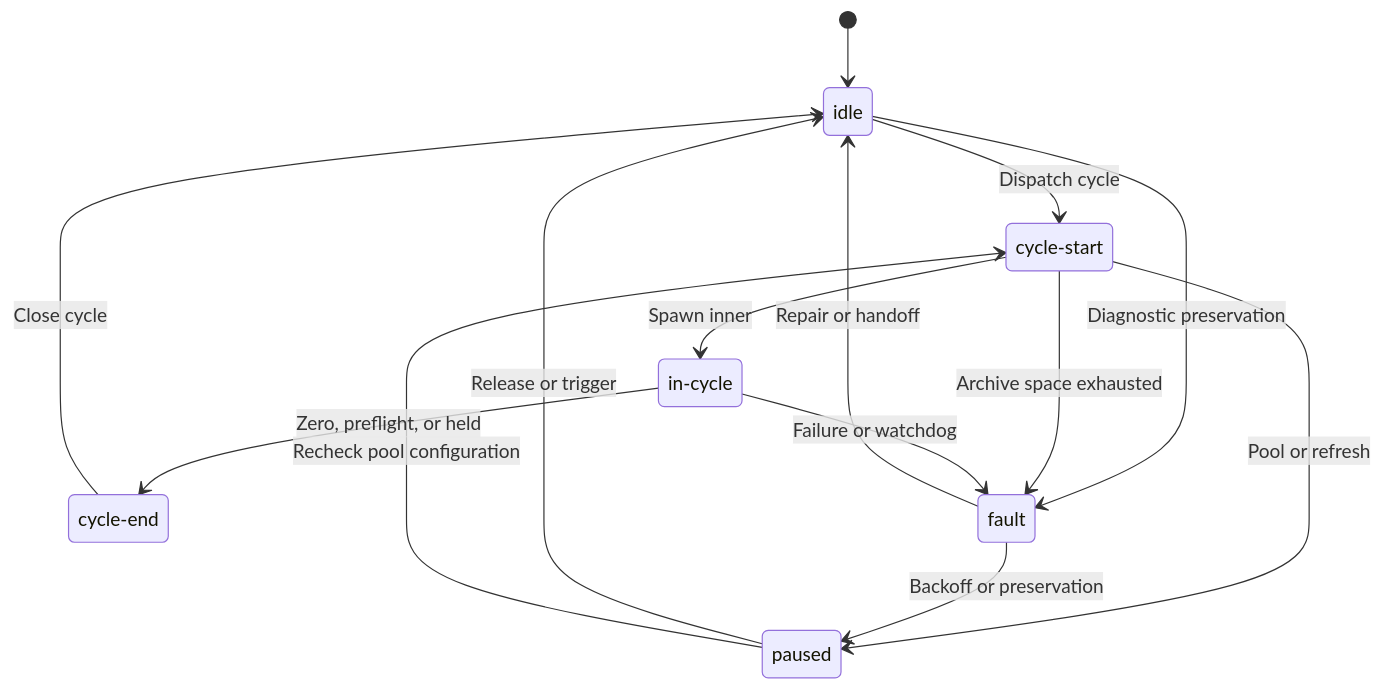
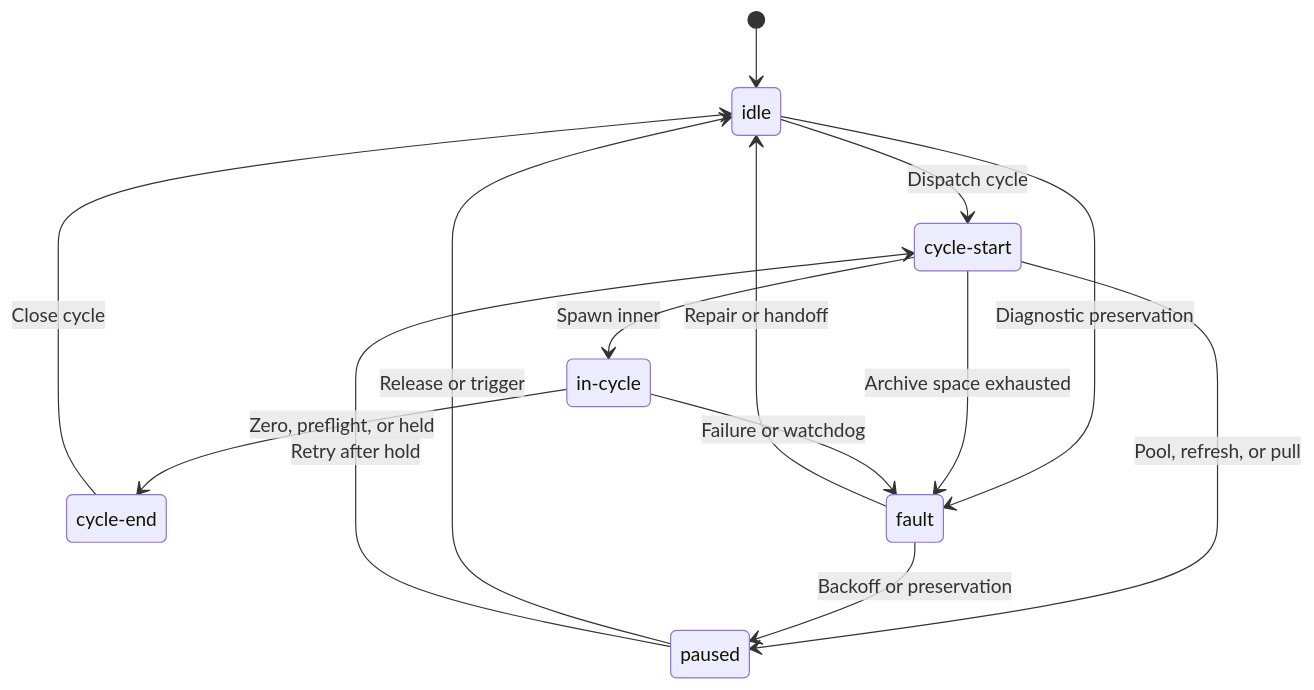
The first of 8 diagrams in docs/design/04-lifecycle-state.md (alissonsol/yuruna), drawn with Mermaid before and after one commit. The commit also changed other lines of this file and 1396 other files, not shown here.

````diff
--- a/docs/design/04-lifecycle-state.md
+++ b/docs/design/04-lifecycle-state.md
@@ -11,22 +11,22 @@
 ```mermaid
 stateDiagram-v2
     state "idle" as idle
     state "cycle-start" as cycle_start
     state "in-cycle" as in_cycle
     state "cycle-end" as cycle_end
     state "fault" as fault
     state "paused" as paused
     [*] --> idle
     idle --> cycle_start: Dispatch cycle
     idle --> fault: Diagnostic preservation
     cycle_start --> in_cycle: Spawn inner
     cycle_start --> fault: Archive space exhausted
-    cycle_start --> paused: Pool or refresh
+    cycle_start --> paused: Pool, refresh, or pull
     in_cycle --> cycle_end: Zero, preflight, or held
     in_cycle --> fault: Failure or watchdog
     cycle_end --> idle: Close cycle
     fault --> paused: Backoff or preservation
     fault --> idle: Repair or handoff
     paused --> idle: Release or trigger
-    paused --> cycle_start: Recheck pool configuration
+    paused --> cycle_start: Retry after hold
 ```
````
